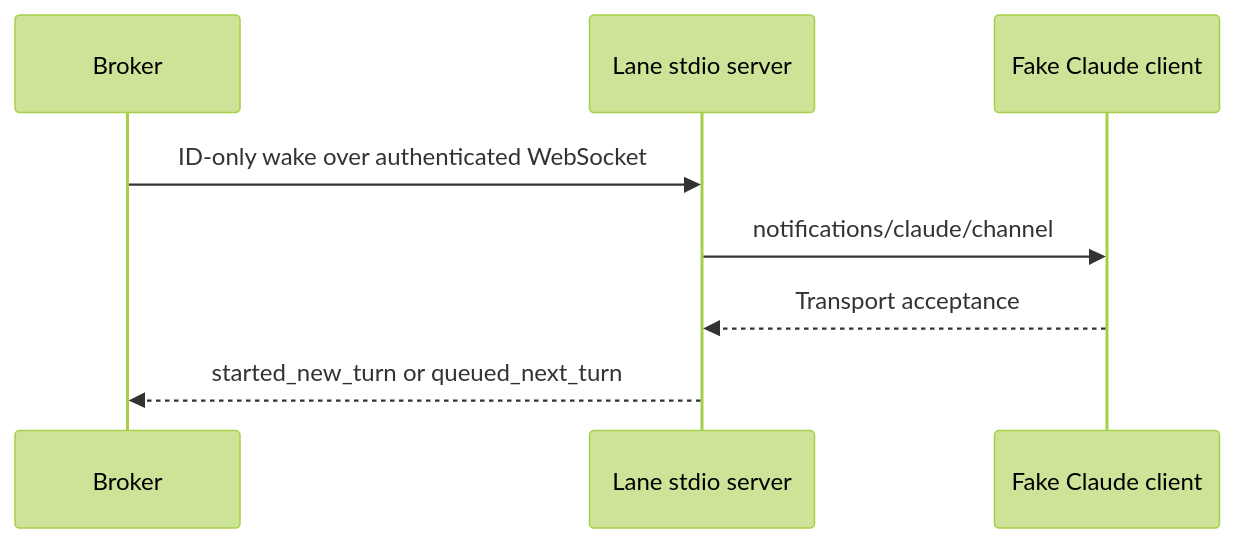
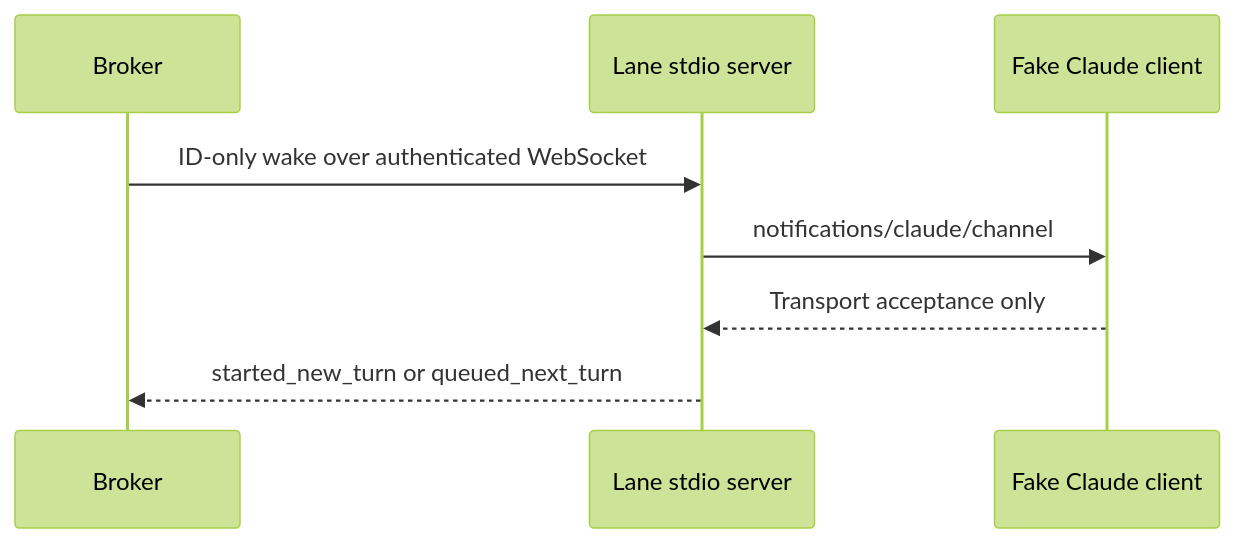
The diagram in docs/manual-tests.md (MotionlessPeri/lane-router), drawn with Mermaid (forest theme) before and after one commit. The commit also changed other lines of this file and 14 other files, not shown here.

````diff
--- a/docs/manual-tests.md
+++ b/docs/manual-tests.md
@@ -55,10 +55,10 @@
 ```mermaid
 sequenceDiagram
     participant B as Broker
     participant S as Lane stdio server
     participant C as Fake Claude client
     B->>S: ID-only wake over authenticated WebSocket
     S->>C: notifications/claude/channel
-    C-->>S: Transport acceptance
+    C-->>S: Transport acceptance only
     S-->>B: started_new_turn or queued_next_turn
 ```
````
